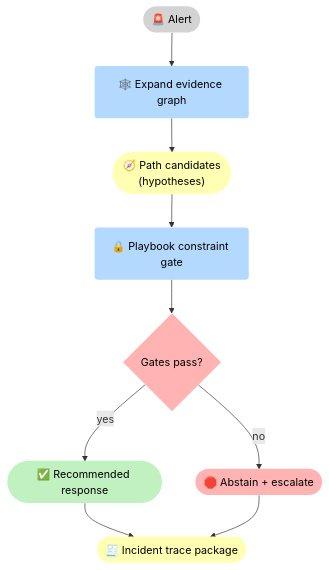
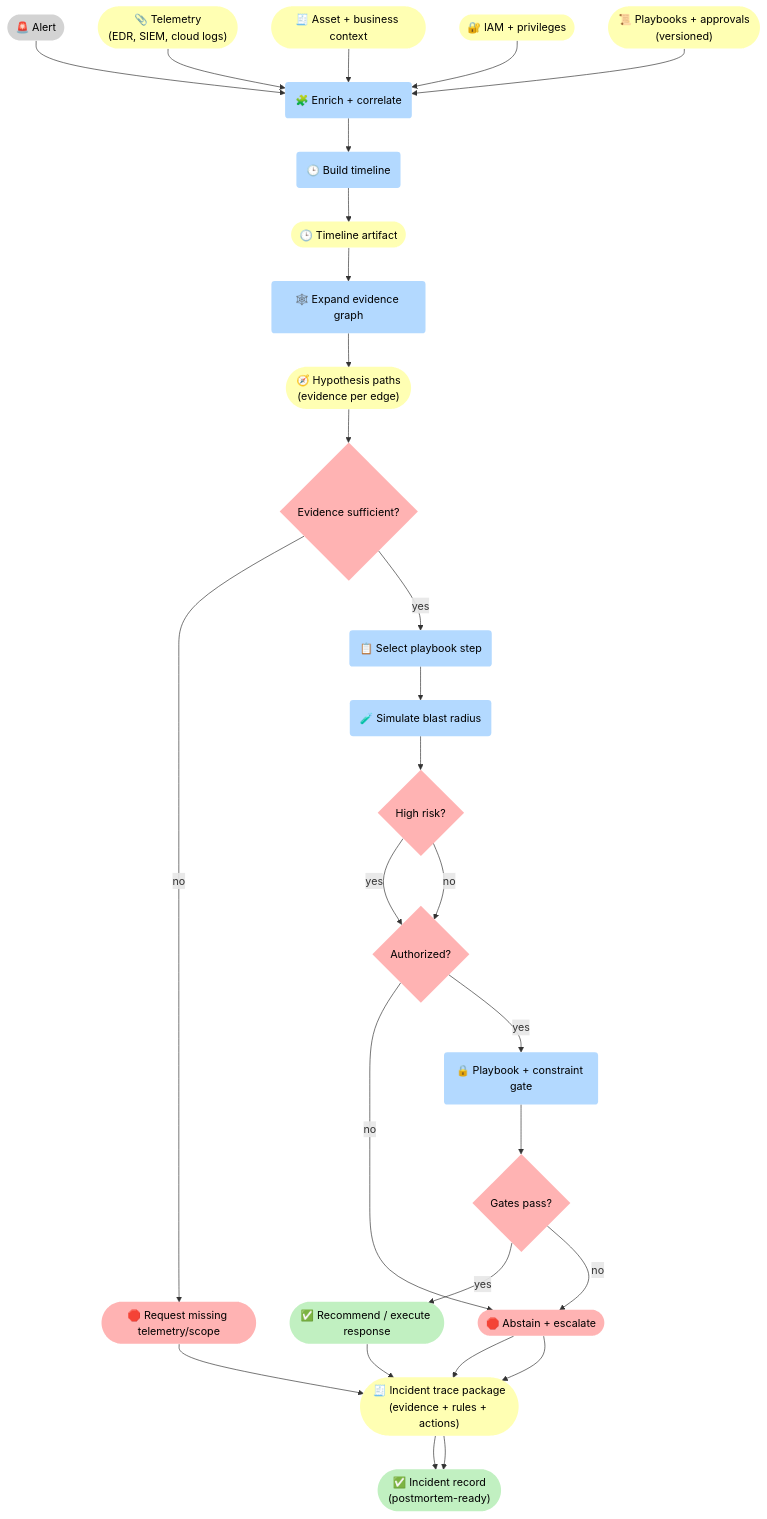
The first of 3 diagrams in docs/case-studies/cybersecurity.md (5Reasons/5reasons.github.io), drawn with Mermaid before and after one commit. The commit also changed other lines of this file and 8 other files, not shown here.

First line of the commit message:
Enhance case studies with detailed flowcharts and explicit gates

````diff
--- a/docs/case-studies/cybersecurity.md
+++ b/docs/case-studies/cybersecurity.md
@@ -60,26 +60,61 @@
 ```mermaid
 flowchart TB
 %% Styles (brModel Standard)
 classDef i fill:#D3D3D3,stroke-width:0px,color:#000;
 classDef p fill:#B3D9FF,stroke-width:0px,color:#000;
 classDef r fill:#FFFFB3,stroke-width:0px,color:#000;
 classDef o fill:#C1F0C1,stroke-width:0px,color:#000;
 classDef s fill:#FFB3B3,stroke-width:0px,color:#000;
 
 I_A(["🚨 Alert"]):::i
+
+R_Tel(["📎 Telemetry<br>(EDR, SIEM, cloud logs)"]):::r
+R_Asset(["🧾 Asset + business context"]):::r
+R_IAM(["🔐 IAM + privileges"]):::r
+R_PB(["📜 Playbooks + approvals<br>(versioned)"]):::r
+
+P_Enr("🧩 Enrich + correlate"):::p
+P_TL("🕒 Build timeline"):::p
+R_TL(["🕒 Timeline artifact"]):::r
+
 P_E("🕸️ Expand evidence graph"):::p
-R_Path(["🧭 Path candidates<br>(hypotheses)"]):::r
-P_G("🔒 Playbook constraint gate"):::p
+R_Path(["🧭 Hypothesis paths<br>(evidence per edge)"]):::r
+G_Ev{"Evidence sufficient?"}:::s
+S_Req(["🛑 Request missing telemetry/scope"]):::s
+
+P_Sel("📋 Select playbook step"):::p
+P_Sim("🧪 Simulate blast radius"):::p
+G_Risk{"High risk?"}:::s
+G_Auth{"Authorized?"}:::s
+
+P_G("🔒 Playbook + constraint gate"):::p
 G_OK{"Gates pass?"}:::s
-O_R(["✅ Recommended response"]):::o
+
+O_R(["✅ Recommend / execute response"]):::o
 S_X(["🛑 Abstain + escalate"]):::s
-R_T(["🧾 Incident trace package"]):::r
+R_T(["🧾 Incident trace package<br>(evidence + rules + actions)"]):::r
+O_IR(["✅ Incident record<br>(postmortem-ready)"]):::o
 
-I_A --> P_E --> R_Path --> P_G --> G_OK
-G_OK -->|"yes"| O_R --> R_T
-G_OK -->|"no"| S_X --> R_T
+I_A --> P_Enr
+R_Tel --> P_Enr
+R_Asset --> P_Enr
+R_IAM --> P_Enr
+R_PB --> P_Enr
+
+P_Enr --> P_TL --> R_TL --> P_E --> R_Path --> G_Ev
+G_Ev -->|"no"| S_Req --> R_T
+G_Ev -->|"yes"| P_Sel --> P_Sim --> G_Risk
+
+G_Risk -->|"yes"| G_Auth
+G_Risk -->|"no"| G_Auth
+
+G_Auth -->|"no"| S_X --> R_T
+G_Auth -->|"yes"| P_G --> G_OK
+
+G_OK -->|"yes"| O_R --> R_T --> O_IR
+G_OK -->|"no"| S_X --> R_T --> O_IR
 
 %% Clickable nodes
 click P_G "/methodology/constraints/" "Constraints & SHACL"
 click P_E "/methodology/causalgraphrag/" "CausalGraphRAG"
 ```
````
